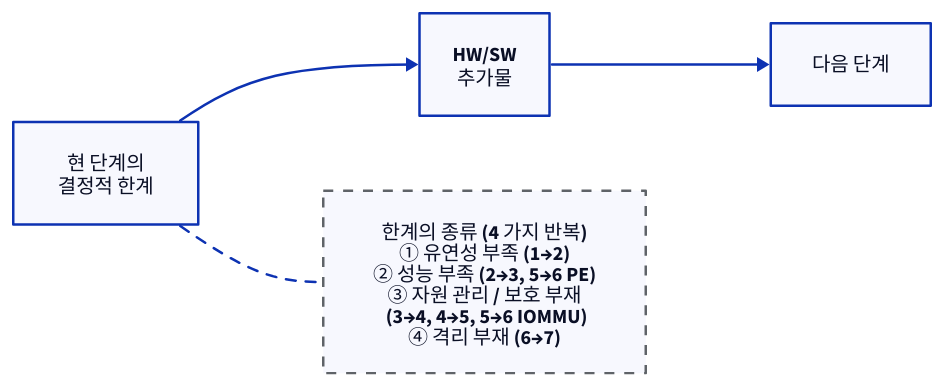
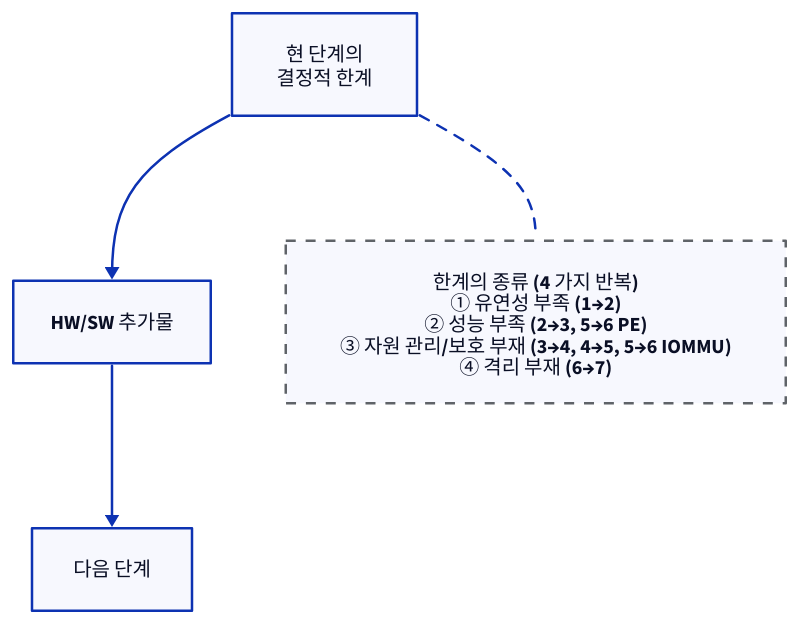
Before and after one commit to humbleowl39/DV_SKOOL: the third of 17 diagrams in topics/virtualization/docs/01a_system_architecture_evolution.md, drawn with D2. The commit also changed other lines of this file and 90 other files, not shown here.

First line of the commit message:
docs: 전 토픽 다이어그램 정비 — ASCII→D2, mermaid→D2, 과대 D2 가시성 수정

````diff
--- a/topics/virtualization/docs/01a_system_architecture_evolution.md
+++ b/topics/virtualization/docs/01a_system_architecture_evolution.md
@@ -180,9 +175,9 @@
 ```d2
-direction: right
+direction: down
 L: "현 단계의\n결정적 한계"
-A: "HW/SW\n추가물"
+A: "HW/SW 추가물"
 N: "다음 단계"
-K: "한계의 종류 (4 가지 반복)\n① 유연성 부족 (1→2)\n② 성능 부족 (2→3, 5→6 PE)\n③ 자원 관리 / 보호 부재\n   (3→4, 4→5, 5→6 IOMMU)\n④ 격리 부재 (6→7)" { style.stroke: "#5f6368"; style.stroke-dash: 4 }
+K: "한계의 종류 (4 가지 반복)\n① 유연성 부족 (1→2)\n② 성능 부족 (2→3, 5→6 PE)\n③ 자원 관리/보호 부재 (3→4, 4→5, 5→6 IOMMU)\n④ 격리 부재 (6→7)" { style.stroke: "#5f6368"; style.stroke-dash: 4 }
 L -> A -> N
 L -- K: { style.stroke-dash: 4 }
 ```
````
